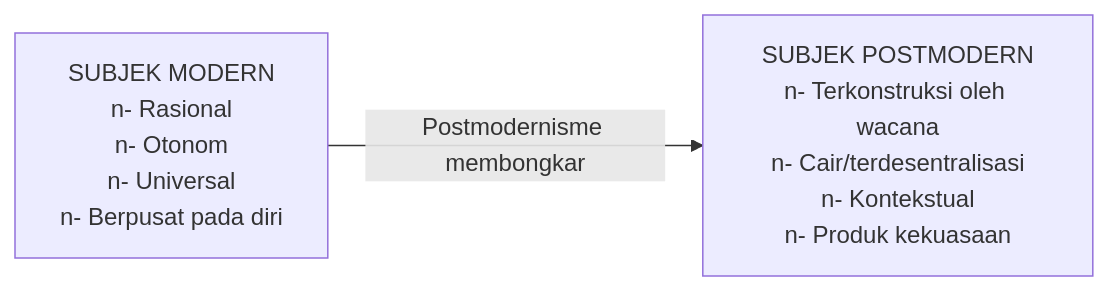
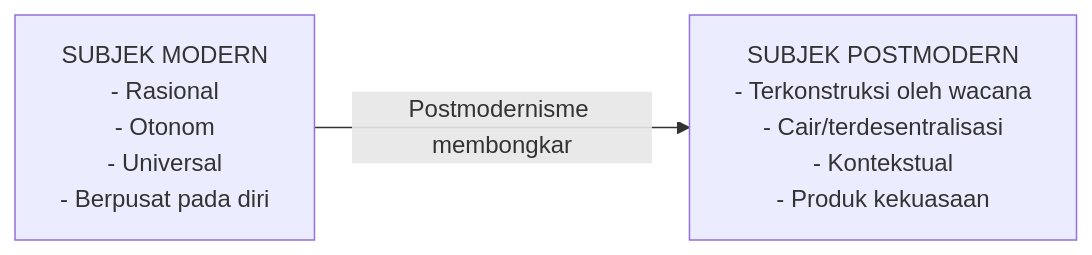
The ninth of 10 diagrams in content/Lectures/filsafat-hukum-postmidterm.md (hifdzimaulana/beate-vivere), drawn with Mermaid before and after one commit. The commit also changed other lines of this file and 1 other file, not shown here.

````diff
--- a/content/Lectures/filsafat-hukum-postmidterm.md
+++ b/content/Lectures/filsafat-hukum-postmidterm.md
@@ -840,6 +818,6 @@
 ```mermaid
 graph LR
-    A["SUBJEK MODERN<br/>n- Rasional<br/>n- Otonom<br/>n- Universal<br/>n- Berpusat pada diri"]
-    B["SUBJEK POSTMODERN<br/>n- Terkonstruksi oleh wacana<br/>n- Cair/terdesentralisasi<br/>n- Kontekstual<br/>n- Produk kekuasaan"]
+    A["SUBJEK MODERN</br>- Rasional</br>- Otonom</br>- Universal</br>- Berpusat pada diri"]
+    B["SUBJEK POSTMODERN</br>- Terkonstruksi oleh wacana</br>- Cair/terdesentralisasi</br>- Kontekstual</br>- Produk kekuasaan"]
     A -->|"Postmodernisme membongkar"| B
 ```
````
